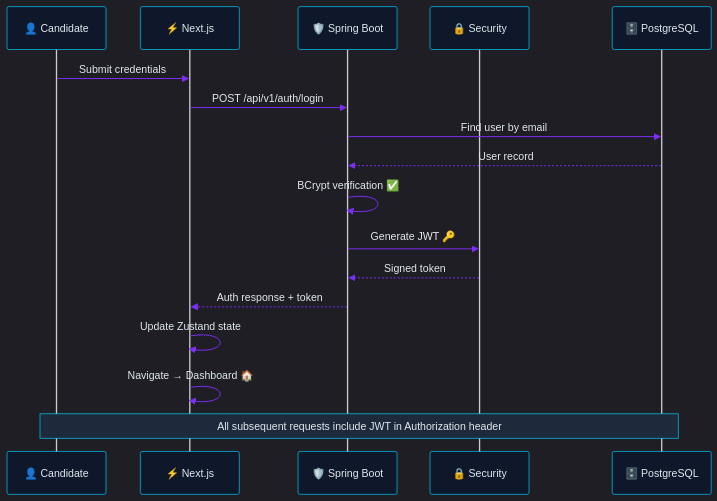
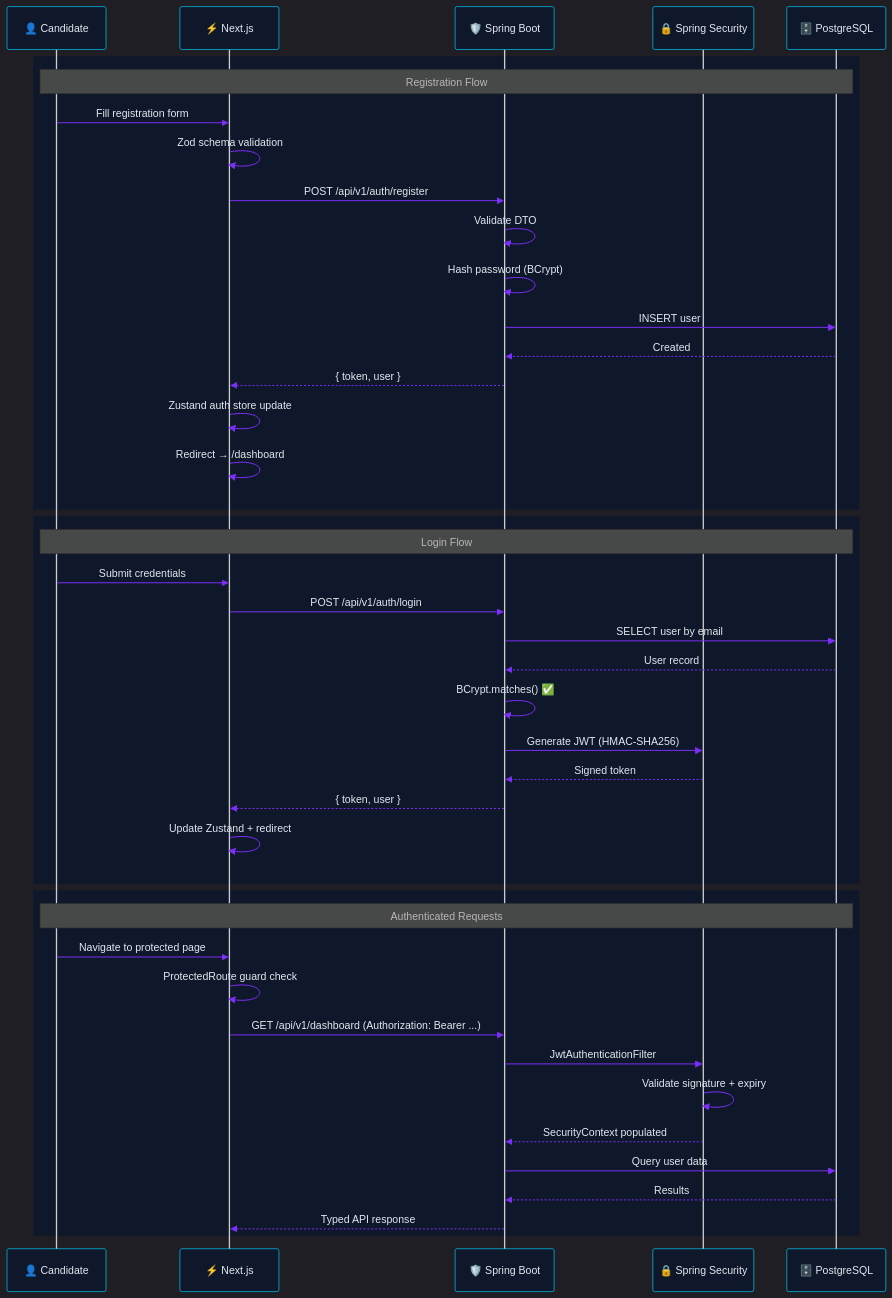
One commit to Jawahar08/interviewforge-ai changed the fourth of 6 diagrams in README.md. Above: the diagram before and after it, drawn with Mermaid. The commit also changed other lines of this file and 6 other files, not shown here.

Commit message:
docs: complete rewrite of README with animations, architecture diagrams, and updated features

````diff
--- a/README.md
+++ b/README.md
@@ -519,23 +452,50 @@
 ```mermaid
-%%{init: {'theme': 'dark', 'themeVariables': { 'actorBkg': '#0f172a', 'actorBorder': '#00d2ff', 'actorTextColor': '#e2e8f0', 'signalColor': '#7b2ff7', 'signalTextColor': '#e2e8f0', 'labelBoxBkgColor': '#0f172a', 'labelBoxBorderColor': '#00d2ff', 'labelTextColor': '#e2e8f0', 'loopTextColor': '#64ffda', 'noteBkgColor': '#1e293b', 'noteTextColor': '#e2e8f0', 'noteBorderColor': '#00d2ff', 'fontFamily': 'Segoe UI, sans-serif'}}}%%
+%%{init: {'theme': 'dark', 'themeVariables': { 'actorBkg': '#0f172a', 'actorBorder': '#00d2ff', 'actorTextColor': '#e2e8f0', 'signalColor': '#7b2ff7', 'signalTextColor': '#e2e8f0', 'fontFamily': 'JetBrains Mono, monospace'}}}%%
 
 sequenceDiagram
     participant C as 👤 Candidate
     participant F as ⚡ Next.js
     participant B as 🛡️ Spring Boot
-    participant S as 🔒 Security
+    participant S as 🔒 Spring Security
     participant D as 🗄️ PostgreSQL
 
-    C->>F: Submit credentials
-    F->>B: POST /api/v1/auth/login
-    B->>D: Find user by email
-    D-->>B: User record
-    B->>B: BCrypt verification ✅
-    B->>S: Generate JWT 🔑
-    S-->>B: Signed token
-    B-->>F: Auth response + token
-    F->>F: Update Zustand state
-    F->>F: Navigate → Dashboard 🏠
+    rect rgb(15, 23, 42)
+        Note over C,D: Registration Flow
+        C->>F: Fill registration form
+        F->>F: Zod schema validation
+        F->>B: POST /api/v1/auth/register
+        B->>B: Validate DTO
+        B->>B: Hash password (BCrypt)
+        B->>D: INSERT user
+        D-->>B: Created
+        B-->>F: { token, user }
+        F->>F: Zustand auth store update
+        F->>F: Redirect → /dashboard
+    end
 
-    Note over C,D: All subsequent requests include JWT in Authorization header
+    rect rgb(15, 23, 42)
+        Note over C,D: Login Flow
+        C->>F: Submit credentials
+        F->>B: POST /api/v1/auth/login
+        B->>D: SELECT user by email
+        D-->>B: User record
+        B->>B: BCrypt.matches() ✅
+        B->>S: Generate JWT (HMAC-SHA256)
+        S-->>B: Signed token
+        B-->>F: { token, user }
+        F->>F: Update Zustand + redirect
+    end
+
+    rect rgb(15, 23, 42)
+        Note over C,D: Authenticated Requests
+        C->>F: Navigate to protected page
+        F->>F: ProtectedRoute guard check
+        F->>B: GET /api/v1/dashboard (Authorization: Bearer ...)
+        B->>S: JwtAuthenticationFilter
+        S->>S: Validate signature + expiry
+        S-->>B: SecurityContext populated
+        B->>D: Query user data
+        D-->>B: Results
+        B-->>F: Typed API response
+    end
 ```
````
